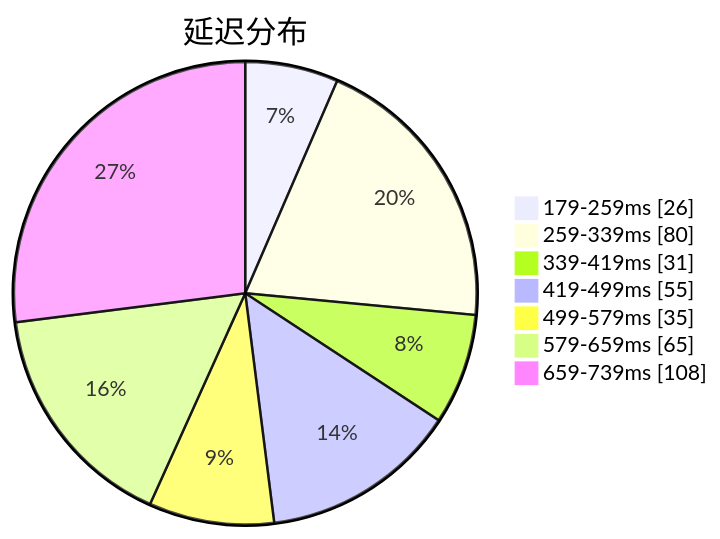
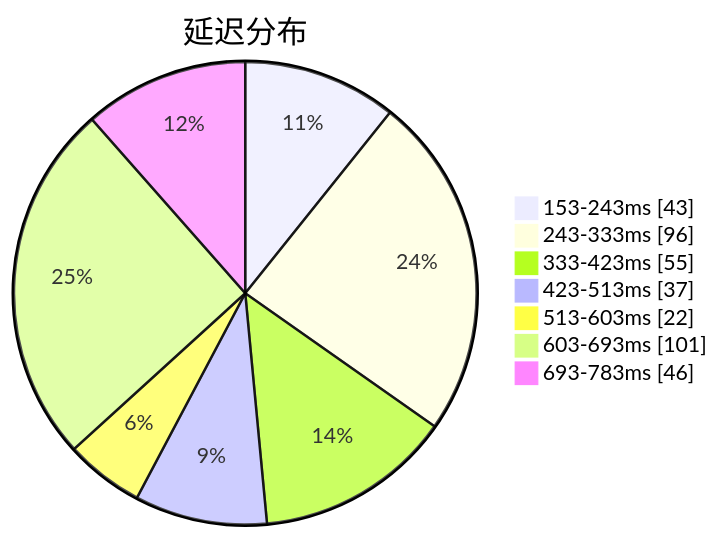
Before and after one commit to qjlxg/airport: the first of 3 diagrams in subs/statistics/tested_within.md, drawn with Mermaid. The commit also changed other lines of this file and 2 other files, not shown here.

````diff
--- a/subs/statistics/tested_within.md
+++ b/subs/statistics/tested_within.md
@@ -2,11 +2,11 @@
 ```mermaid
 pie showData
 title 延迟分布
-"179-259ms" : 26
-"259-339ms" : 80
-"339-419ms" : 31
-"419-499ms" : 55
-"499-579ms" : 35
-"579-659ms" : 65
-"659-739ms" : 108
+"153-243ms" : 43
+"243-333ms" : 96
+"333-423ms" : 55
+"423-513ms" : 37
+"513-603ms" : 22
+"603-693ms" : 101
+"693-783ms" : 46
 ```
````
